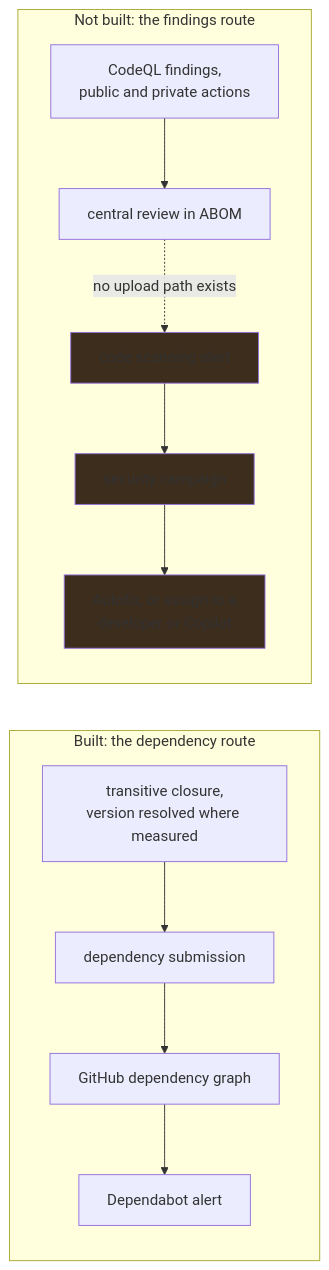
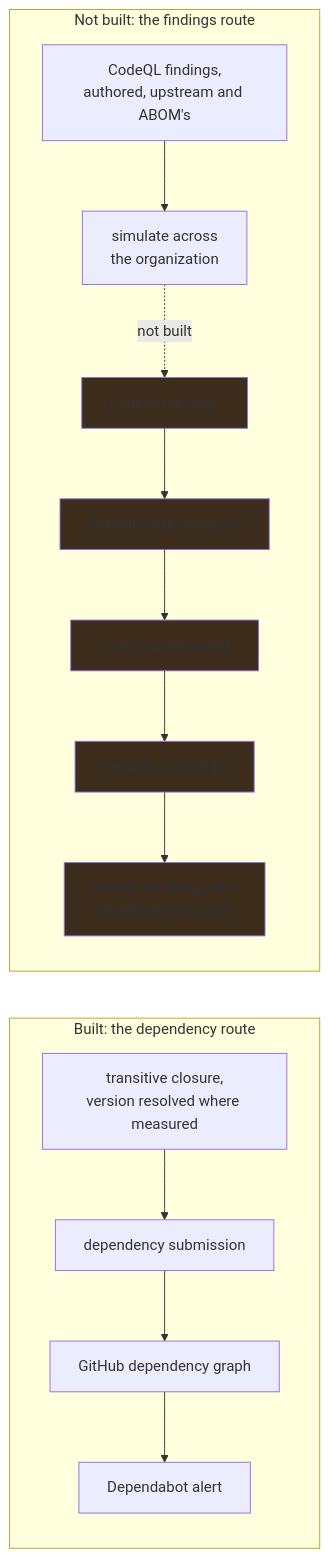
The first of 2 diagrams in docs/vision.md (advanced-security/codeql-abom), drawn with Mermaid before and after one commit. The commit also changed other lines of this file and 21 other files, not shown here.

````diff
--- a/docs/vision.md
+++ b/docs/vision.md
@@ -137,17 +171,21 @@
 ```mermaid
 flowchart LR
   subgraph built["Built: the dependency route"]
     CLOSE["transitive closure,<br/>version resolved where measured"] --> SUB["dependency submission"]
     SUB --> DG["GitHub dependency graph"]
     DG --> DA["Dependabot alert"]
   end
   subgraph gap["Not built: the findings route"]
-    FIND["CodeQL findings,<br/>public and private actions"] --> REV["central review in ABOM"]
-    REV -. "no upload path exists" .-> CS["code scanning alert"]
+    FIND["CodeQL findings,<br/>authored, upstream and ABOM's"] --> SIM["simulate across<br/>the organization"]
+    SIM -. "not built" .-> PUB["publish the pack"]
+    PUB --> CFG["Default Setup adopts it"]
+    CFG --> CS["code scanning alert"]
     CS --> CAMP["security campaign"]
     CAMP --> PR["Autofix, or assign to a<br/>developer or Copilot"]
   end
+  style PUB fill:#3d2d1d
+  style CFG fill:#3d2d1d
   style CS fill:#3d2d1d
   style CAMP fill:#3d2d1d
   style PR fill:#3d2d1d
 ```
````
